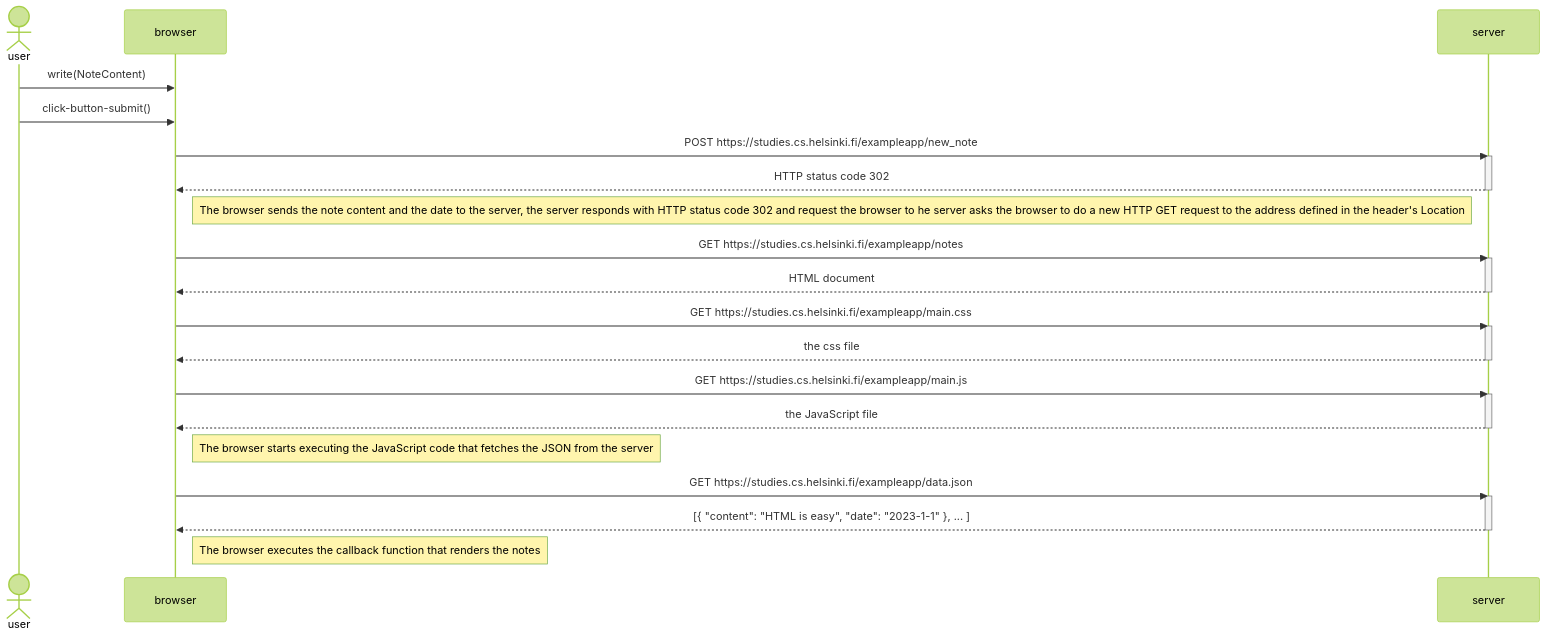
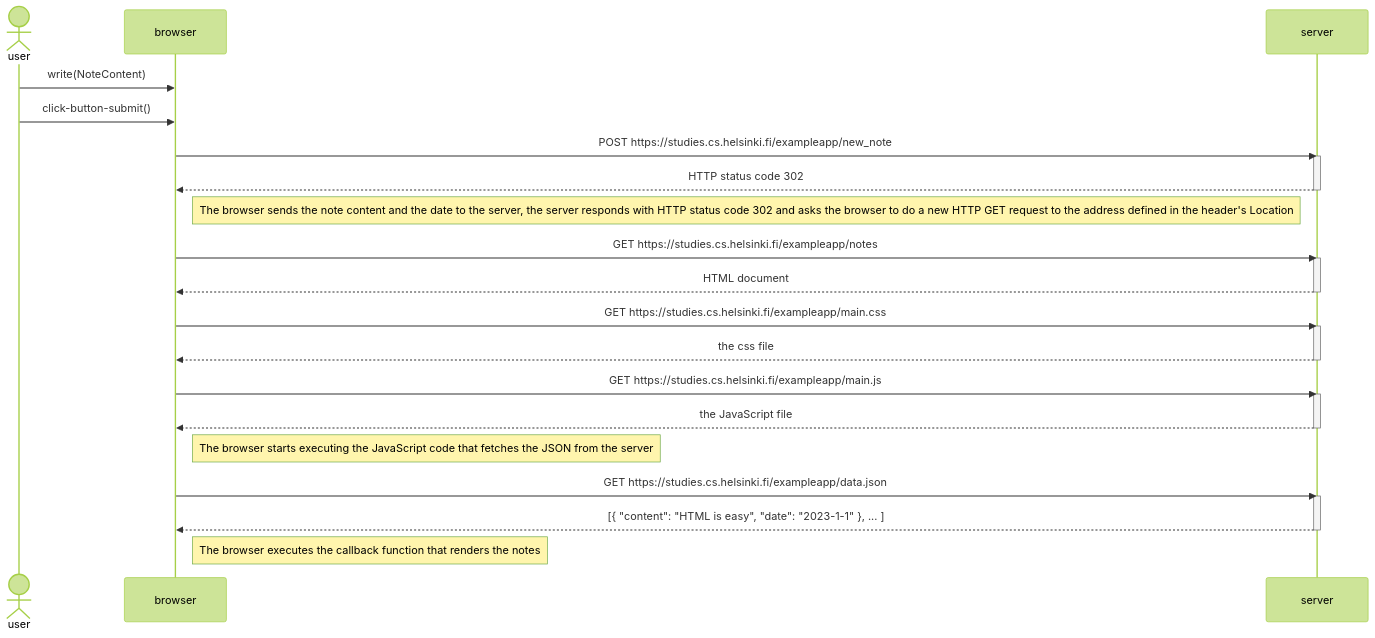
Before and after one commit to nourbenmoulehem/mermaid-markdown-practice: the diagram in AddingNewNote-SequenceDiagram.md, drawn with Mermaid (forest theme).

````diff
--- a/AddingNewNote-SequenceDiagram.md
+++ b/AddingNewNote-SequenceDiagram.md
@@ -1,40 +1,40 @@
 ```mermaid
 sequenceDiagram
   actor user
   participant browser
   participant server
 
   user->>browser: write(NoteContent)
   user->>browser: click-button-submit()
   
   browser->>server: POST https://studies.cs.helsinki.fi/exampleapp/new_note
   activate server
   server-->>browser: HTTP status code 302
   deactivate server
   
-  Note right of browser: The browser sends the note content and the date to the server, the server responds with HTTP status code 302 and request the browser to he server asks the browser to do a new HTTP GET request to the address defined in the header's Location
+  Note right of browser: The browser sends the note content and the date to the server, the server responds with HTTP status code 302 and asks the browser to do a new HTTP GET request to the address defined in the header's Location
   
   browser->>server: GET https://studies.cs.helsinki.fi/exampleapp/notes
   activate server
   server-->>browser: HTML document
   deactivate server
 
   browser->>server: GET https://studies.cs.helsinki.fi/exampleapp/main.css
   activate server
   server-->>browser: the css file
   deactivate server
 
   browser->>server: GET https://studies.cs.helsinki.fi/exampleapp/main.js
   activate server
   server-->>browser: the JavaScript file
   deactivate server
 
   Note right of browser: The browser starts executing the JavaScript code that fetches the JSON from the server
 
   browser->>server: GET https://studies.cs.helsinki.fi/exampleapp/data.json
   activate server
   server-->>browser: [{ "content": "HTML is easy", "date": "2023-1-1" }, ... ]
   deactivate server
 
   Note right of browser: The browser executes the callback function that renders the notes
 ```
````
